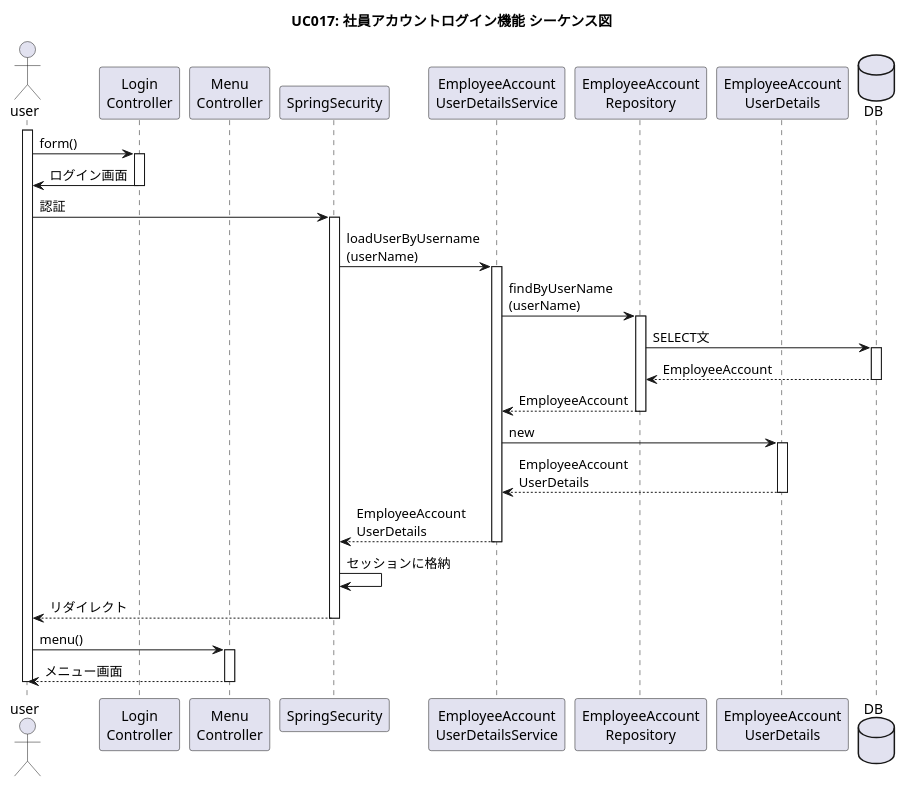
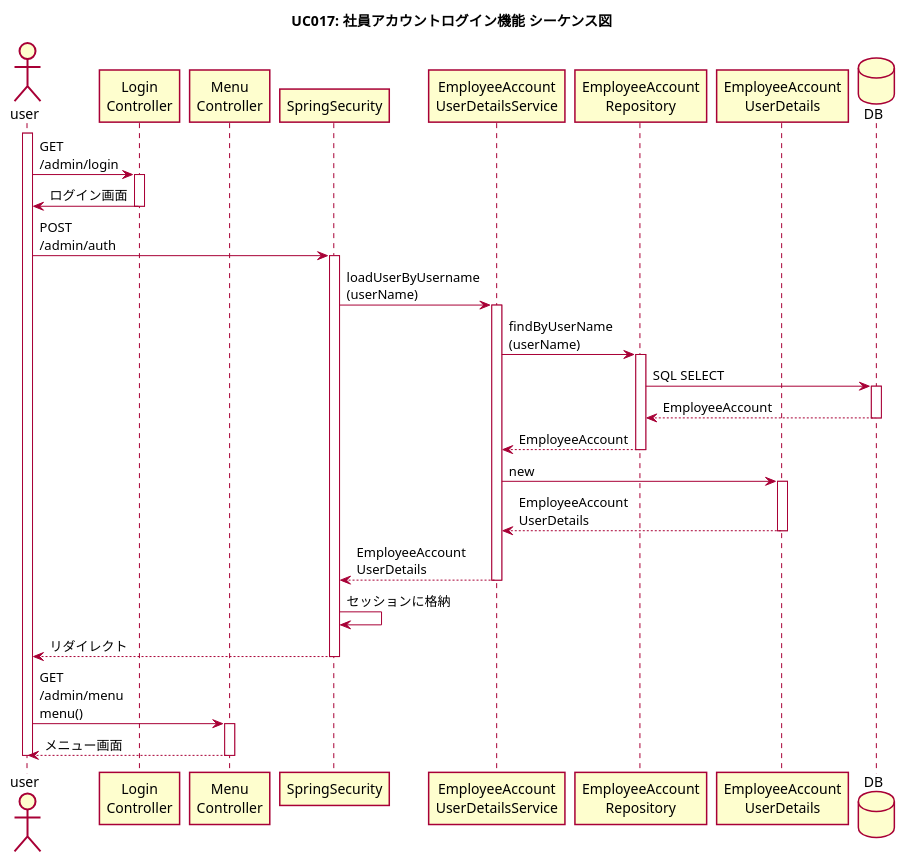
The diagram in plan/diagram/sequence/uc017_employee_account_login.puml (imagepit/fullness-ec), drawn with PlantUML before and after one commit. The commit also changed 30 other files, not shown here.

```diff
--- a/plan/diagram/sequence/uc017_employee_account_login.puml
+++ b/plan/diagram/sequence/uc017_employee_account_login.puml
@@ -1,33 +1,34 @@
 @startuml
 
+skin rose
 title UC017: 社員アカウントログイン機能 シーケンス図
 skinparam shadowing false
 actor "user" as user
 activate user
 participant "Login\nController" as ctrl1
 participant "Menu\nController" as ctrl2
 participant "SpringSecurity" as sec
 participant "EmployeeAccount\nUserDetailsService" as svc
 participant "EmployeeAccount\nRepository" as repo
 participant "EmployeeAccount\nUserDetails" as ud
 database DB as db
 
-user -> ctrl1 ++ : form()
+user -> ctrl1 ++ : GET\n/admin/login
 ctrl1 -> user -- : ログイン画面
-user -> sec ++ : 認証
+user -> sec ++ : POST\n/admin/auth
 sec -> svc ++ : loadUserByUsername\n(userName)
 svc -> repo ++ : findByUserName\n(userName)
-repo -> db ++ : SELECT文
+repo -> db ++ : SQL SELECT
 db --> repo -- : EmployeeAccount
 repo --> svc -- : EmployeeAccount
 svc -> ud ++ : new
 ud --> svc -- : EmployeeAccount\nUserDetails
 svc --> sec -- : EmployeeAccount\nUserDetails
 sec -> sec : セッションに格納
 sec --> user -- : リダイレクト
-user -> ctrl2 ++ : menu()
+user -> ctrl2 ++ : GET\n/admin/menu\nmenu()
 ctrl2 --> user -- : メニュー画面
 
 deactivate user
 
 @enduml
```
